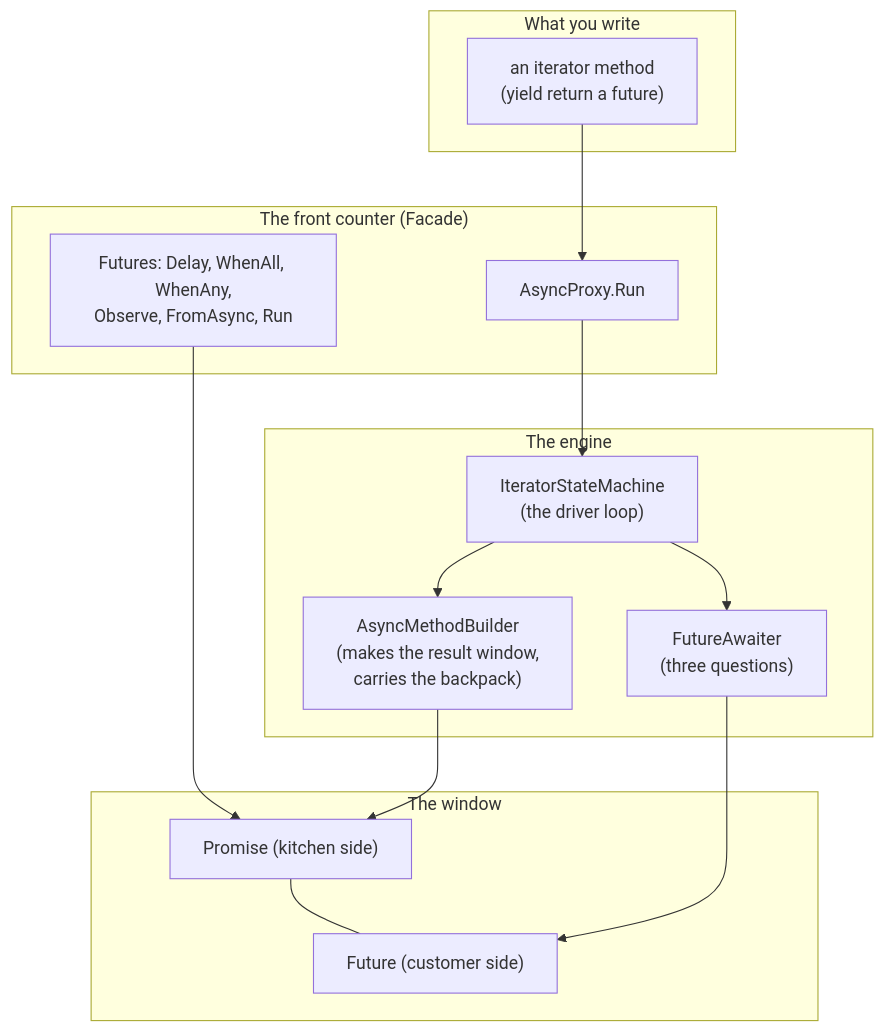
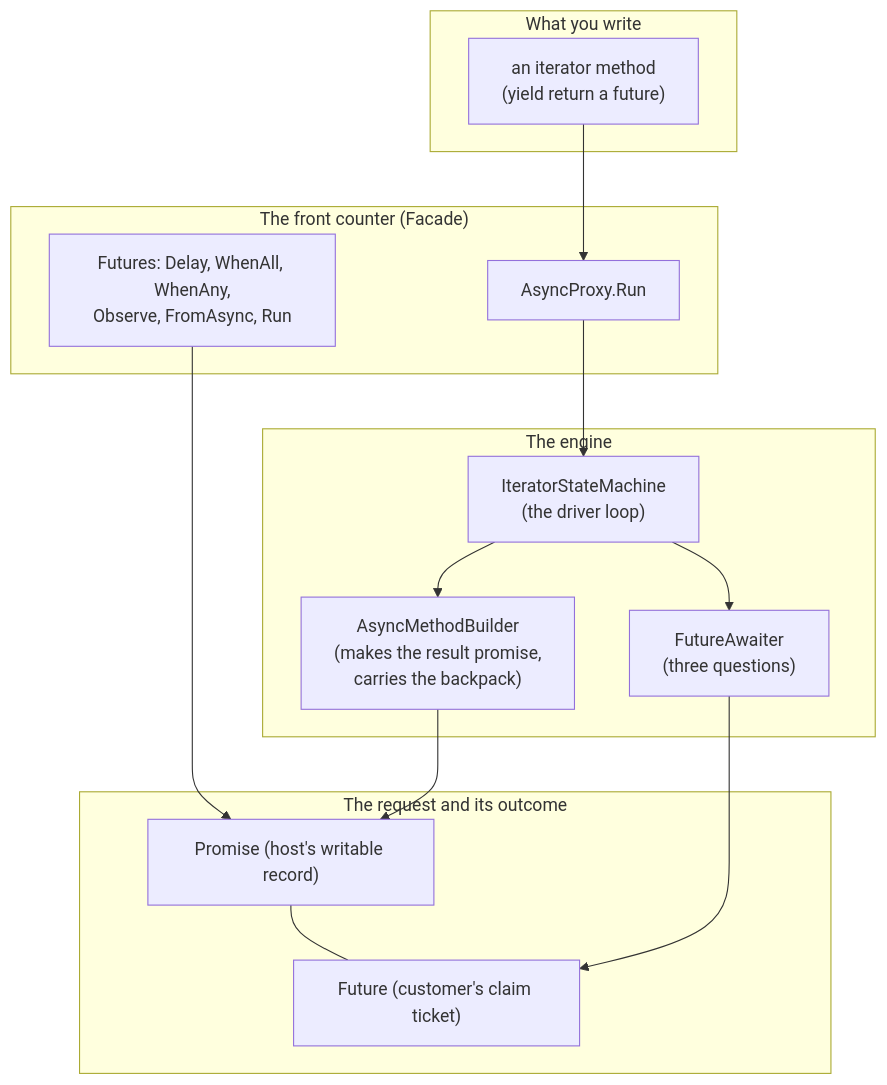
One commit to mmpworks/MMP.AsyncProxy changed the diagram in docs/course/09-patterns-and-principles.md. Above: the diagram before and after it, drawn with Mermaid. The commit also changed other lines of this file and 15 other files, not shown here.

````diff
--- a/docs/course/09-patterns-and-principles.md
+++ b/docs/course/09-patterns-and-principles.md
@@ -61,27 +66,27 @@
 ```mermaid
 flowchart TB
     subgraph You["What you write"]
       IT["an iterator method<br/>(yield return a future)"]
     end
     subgraph Front["The front counter (Facade)"]
       AP["AsyncProxy.Run"]
       FU["Futures: Delay, WhenAll, WhenAny,<br/>Observe, FromAsync, Run"]
     end
     subgraph Engine["The engine"]
       ISM["IteratorStateMachine<br/>(the driver loop)"]
-      BLD["AsyncMethodBuilder<br/>(makes the result window,<br/>carries the backpack)"]
+      BLD["AsyncMethodBuilder<br/>(makes the result promise,<br/>carries the backpack)"]
       AW["FutureAwaiter<br/>(three questions)"]
     end
-    subgraph Core["The window"]
-      PR["Promise (kitchen side)"]
-      FT["Future (customer side)"]
+    subgraph Core["The request and its outcome"]
+      PR["Promise (host's writable record)"]
+      FT["Future (customer's claim ticket)"]
     end
     IT --> AP
     AP --> ISM
     ISM --> BLD
     ISM --> AW
     FU --> PR
     PR --- FT
     AW --> FT
     BLD --> PR
 ```
````
